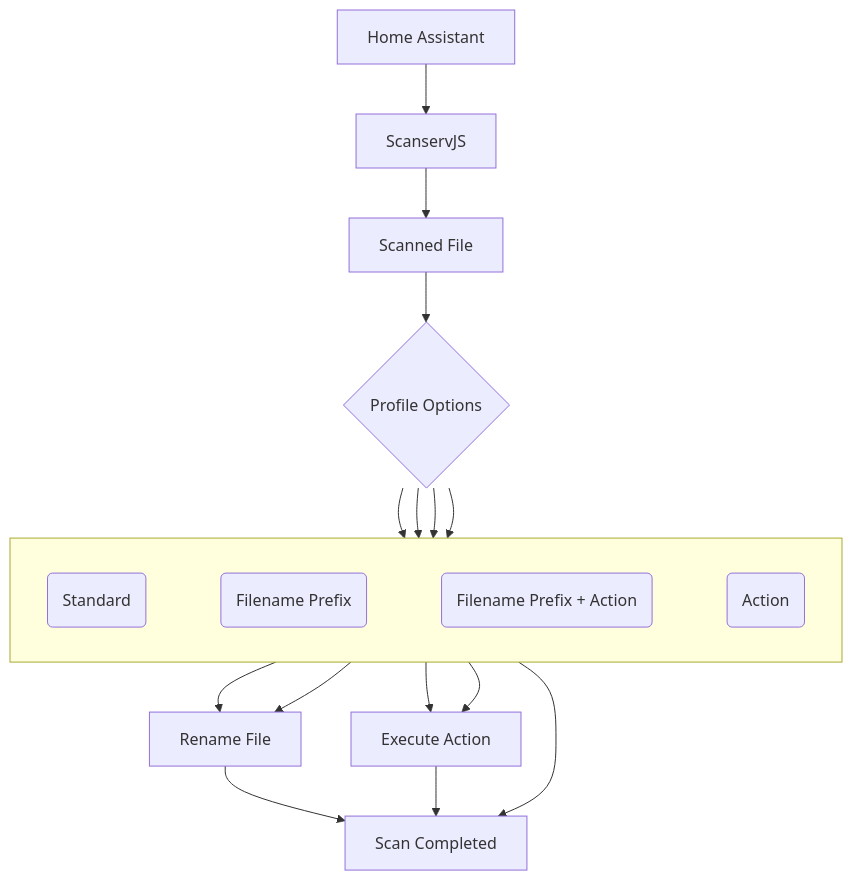
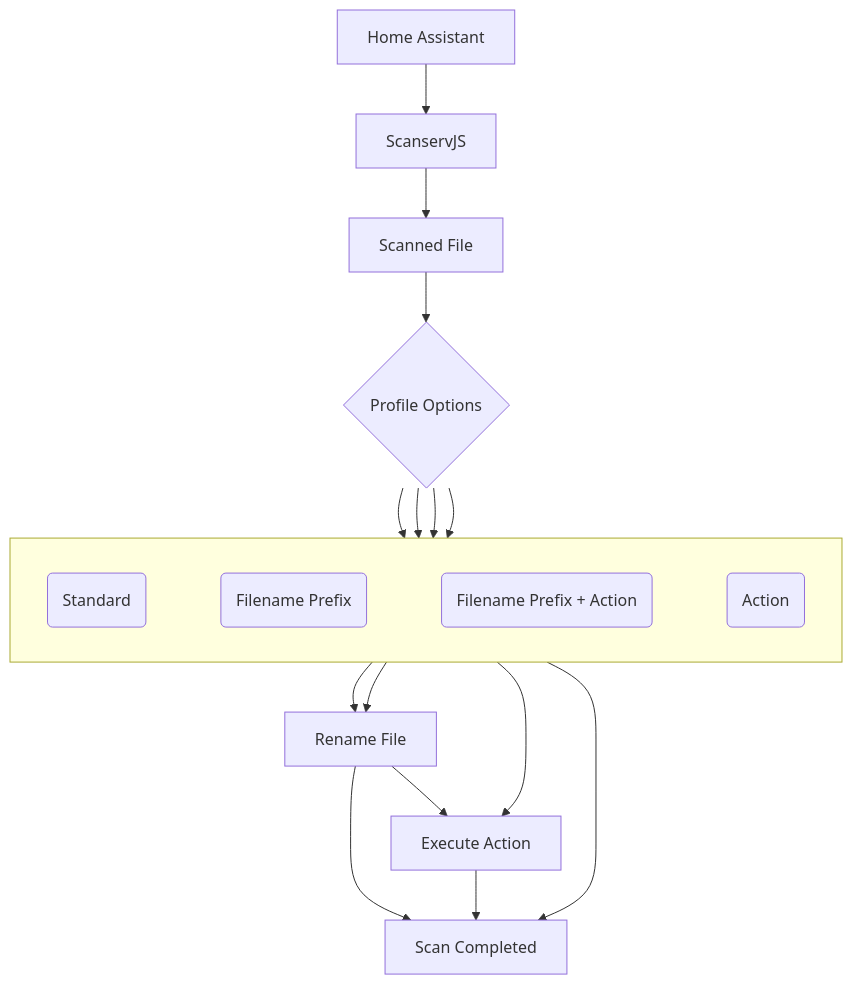
Before and after one commit to marioir2001/scanservjs_ha: the first of 5 diagrams in README.md, drawn with Mermaid.

````diff
--- a/README.md
+++ b/README.md
@@ -3,32 +3,32 @@
 ```mermaid
 flowchart TD
     A[Home Assistant] --> B[ScanservJS]
     B --> C[Scanned File]
     C --> D{Profile Options}
 
     subgraph OPTIONS[" "]
         direction LR
         S(Standard)
         P(Filename Prefix)
         PA(Filename Prefix + Action)
         AC(Action)
     end
 
     D --> S
     D --> P
     D --> PA
     D --> AC
 
     P --> R[Rename File]
     PA --> R
-    PA --> X[Execute Action]
+    R --> X[Execute Action]
     AC --> X
 
     S --> F[Scan Completed]
     R --> F
     X --> F
 
     S ~~~ P
     P ~~~ PA
     PA ~~~ AC
 ```
````
